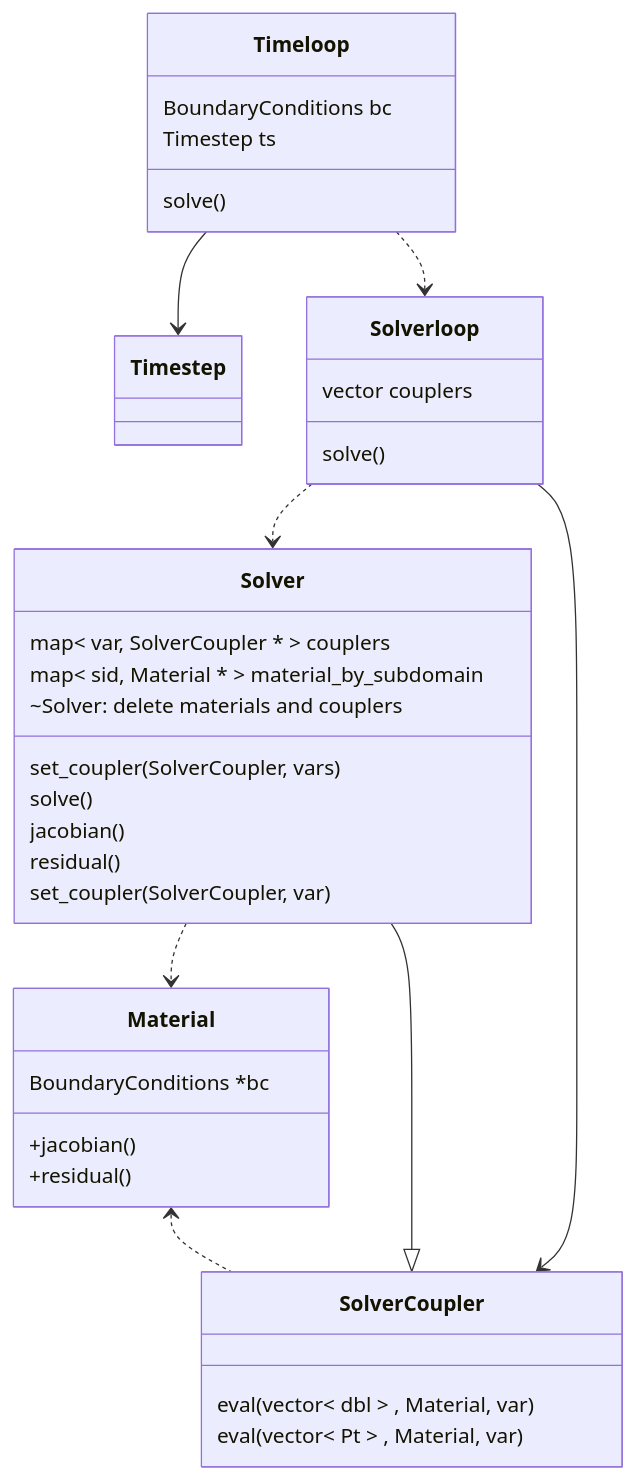
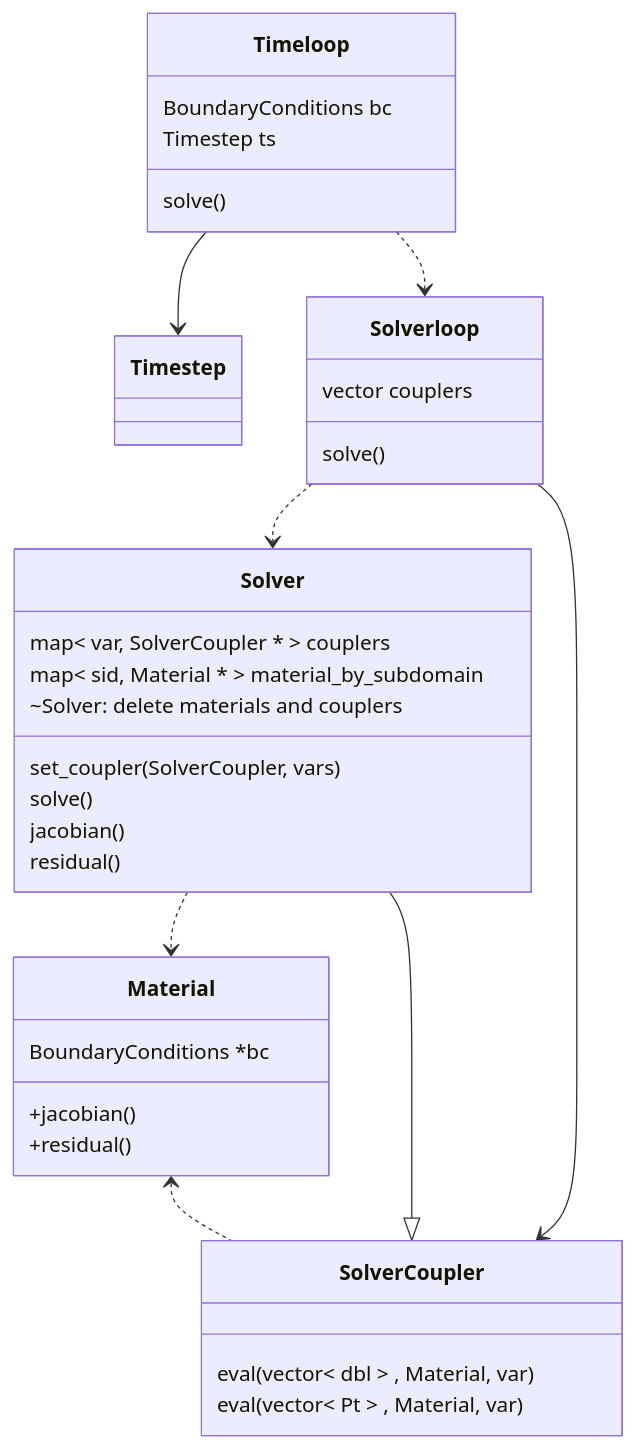
One commit to rebpoli/harpy changed the first of 2 diagrams in doc/Description.md. Above: the diagram before and after it, drawn with Mermaid.

````diff
--- a/doc/Description.md
+++ b/doc/Description.md
@@ -20,46 +20,45 @@
 ```mermaid
 %% Interfaces, abstract classes
 classDiagram
     class Timeloop { 
         BoundaryConditions bc
         Timestep ts
         solve()
     }
 
     class Solverloop {
         vector<SolverCoupler *> couplers
         solve()
     }
 
     class SolverCoupler {
         eval( vector< dbl > , Material, var )
         eval( vector< Pt >  , Material, var )
     }
 
     class Solver {
         map< var, SolverCoupler * > couplers
         map< sid, Material * > material_by_subdomain
         ~Solver: delete materials and couplers
         set_coupler(SolverCoupler, vars)
         solve()
         jacobian()
         residual()
-        set_coupler( SolverCoupler, var )
     }
 
 
     class Material {
         BoundaryConditions *bc
         +jacobian()
         +residual()
     }
 
     SolverCoupler <|-- Solver
     Material <.. SolverCoupler
     Timeloop --> Timestep
     Timeloop ..> Solverloop
     Solverloop ..> Solver
     Solverloop --> SolverCoupler
     Solver..> Material
 
 ```
````
